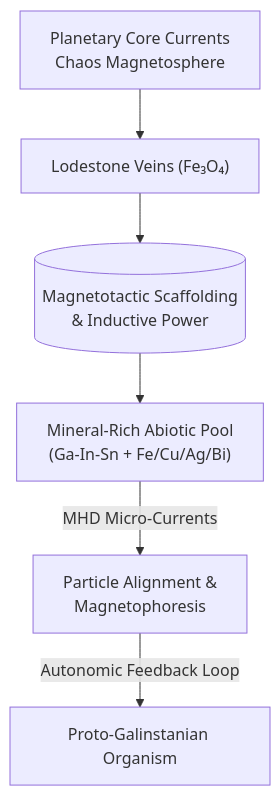
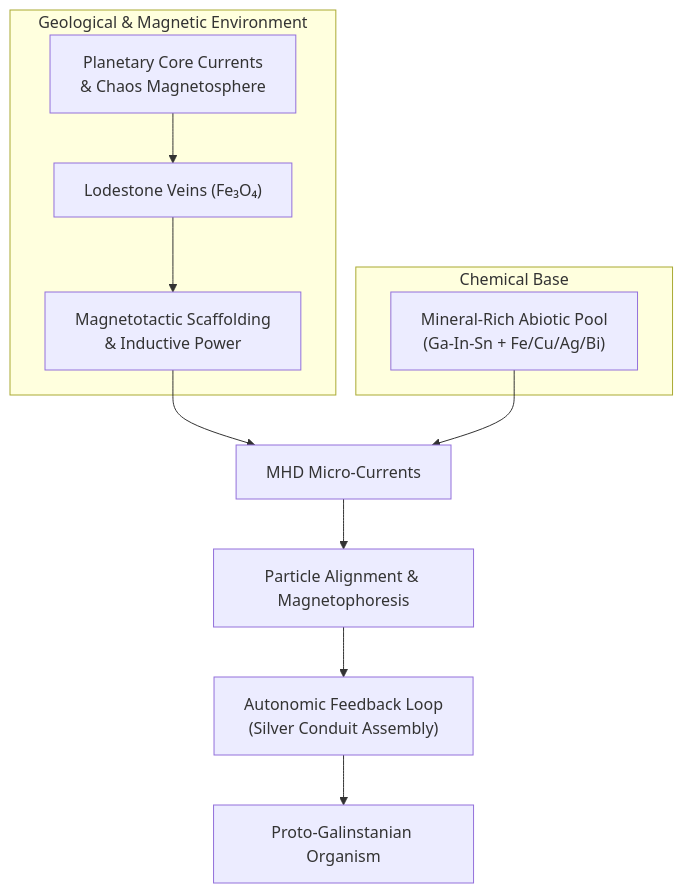
The diagram in galinstanians.md (Amerigoware1/One-Mind-Two-Stars-Wiki), drawn with Mermaid before and after one commit.

Commit message:
Refactor mermaid diagram in Galinstanians section for improved clarity and structure

```diff
--- a/galinstanians.md
+++ b/galinstanians.md
@@ -153,13 +153,16 @@
 <div class="mermaid">
 flowchart TD
-    A["Planetary Core Currents<br>Chaos Magnetosphere"]
-    B["Lodestone Veins (Fe₃O₄)"]
-    C[("Magnetotactic Scaffolding<br>& Inductive Power")]
-    D["Mineral-Rich Abiotic Pool<br>(Ga-In-Sn + Fe/Cu/Ag/Bi)"]
-    E["Particle Alignment &<br>Magnetophoresis"]
-    F["Proto-Galinstanian Organism"]
+    subgraph Cradle ["Geological & Magnetic Environment"]
+        A["Planetary Core Currents<br>& Chaos Magnetosphere"] --> B["Lodestone Veins (Fe₃O₄)"]
+        B --> C["Magnetotactic Scaffolding<br>& Inductive Power"]
+    end
 
-    A --> B --> C --> D
-    D -- "MHD Micro-Currents" --> E
-    E -- "Autonomic Feedback Loop" --> F
+    subgraph Matrix ["Chemical Base"]
+        D["Mineral-Rich Abiotic Pool<br>(Ga-In-Sn + Fe/Cu/Ag/Bi)"]
+    end
+
+    C & D --> E["MHD Micro-Currents"]
+    E --> F["Particle Alignment & Magnetophoresis"]
+    F --> G["Autonomic Feedback Loop<br>(Silver Conduit Assembly)"]
+    G --> H["Proto-Galinstanian Organism"]
 </div>
```
